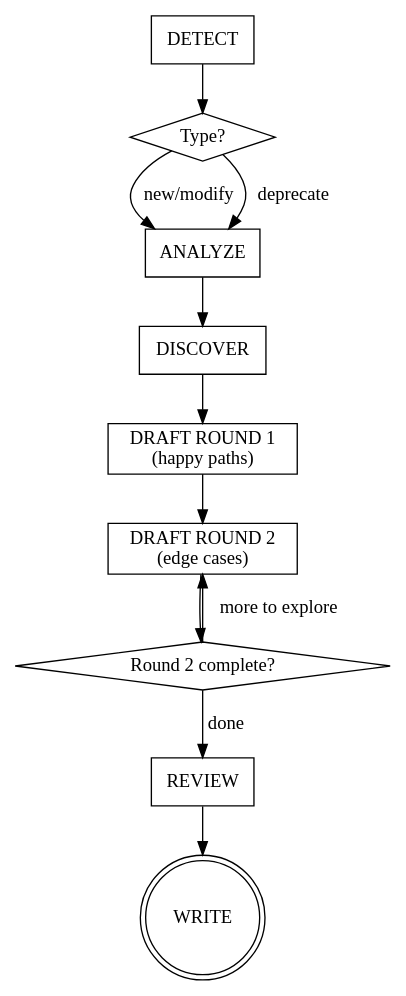
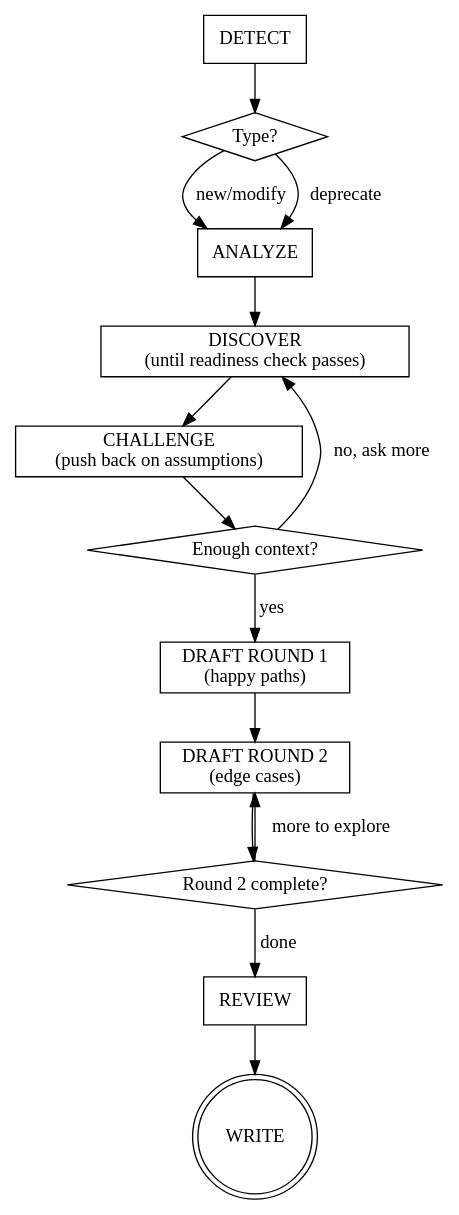
Before and after one commit to FilipPyrek/bdd-agentic-coding: the diagram in .claude/skills/writing-bdd-scenarios/SKILL.md, drawn with Graphviz. The commit also changed other lines of this file and 2 other files, not shown here.

````diff
--- a/.claude/skills/writing-bdd-scenarios/SKILL.md
+++ b/.claude/skills/writing-bdd-scenarios/SKILL.md
@@ -76,24 +136,29 @@
 ```dot
 digraph bdd_flow {
     "DETECT" [shape=box];
     "Type?" [shape=diamond];
     "ANALYZE" [shape=box];
-    "DISCOVER" [shape=box];
+    "DISCOVER\n(until readiness check passes)" [shape=box];
+    "CHALLENGE\n(push back on assumptions)" [shape=box];
+    "Enough context?" [shape=diamond];
     "DRAFT ROUND 1\n(happy paths)" [shape=box];
     "DRAFT ROUND 2\n(edge cases)" [shape=box];
     "Round 2 complete?" [shape=diamond];
     "REVIEW" [shape=box];
     "WRITE" [shape=doublecircle];
 
     "DETECT" -> "Type?";
     "Type?" -> "ANALYZE" [label="new/modify"];
     "Type?" -> "ANALYZE" [label="deprecate"];
-    "ANALYZE" -> "DISCOVER";
-    "DISCOVER" -> "DRAFT ROUND 1\n(happy paths)";
+    "ANALYZE" -> "DISCOVER\n(until readiness check passes)";
+    "DISCOVER\n(until readiness check passes)" -> "CHALLENGE\n(push back on assumptions)";
+    "CHALLENGE\n(push back on assumptions)" -> "Enough context?" ;
+    "Enough context?" -> "DISCOVER\n(until readiness check passes)" [label="no, ask more"];
+    "Enough context?" -> "DRAFT ROUND 1\n(happy paths)" [label="yes"];
     "DRAFT ROUND 1\n(happy paths)" -> "DRAFT ROUND 2\n(edge cases)";
     "DRAFT ROUND 2\n(edge cases)" -> "Round 2 complete?";
     "Round 2 complete?" -> "DRAFT ROUND 2\n(edge cases)" [label="more to explore"];
     "Round 2 complete?" -> "REVIEW" [label="done"];
     "REVIEW" -> "WRITE";
 }
 ```
````
